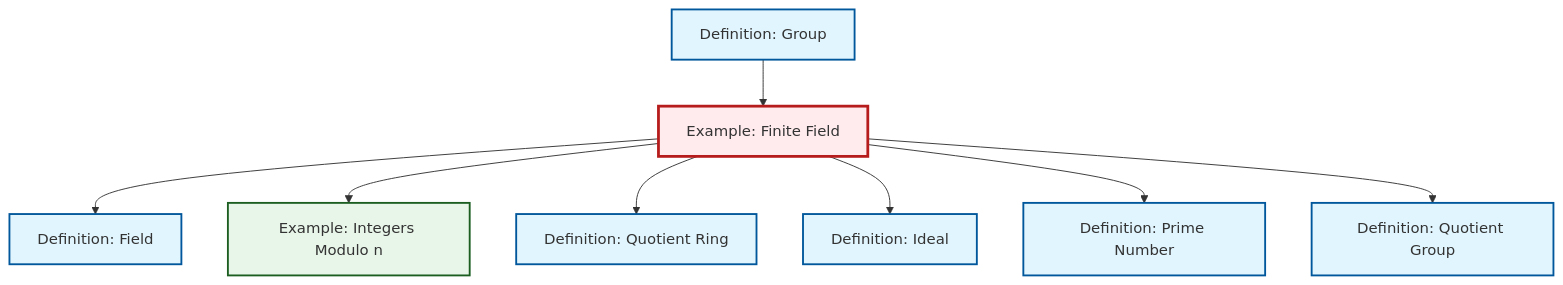
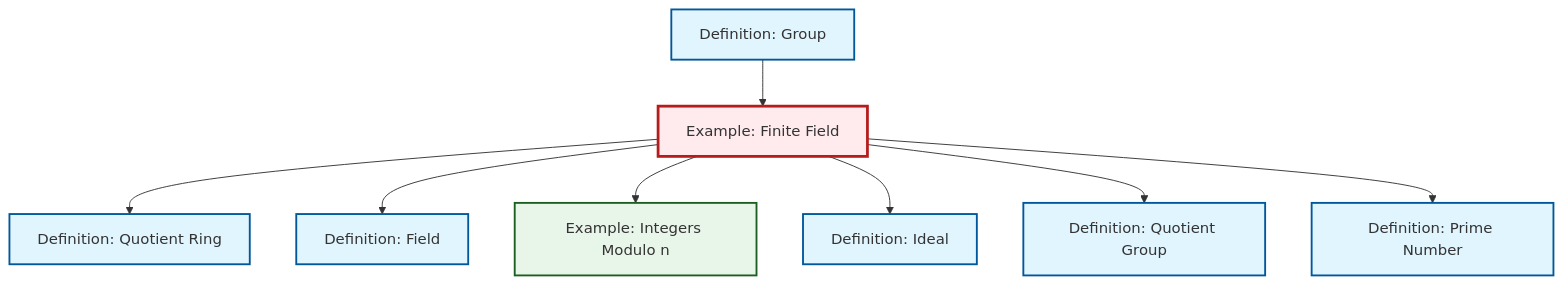
Before and after one commit to RK0429/ModernMath: the diagram in content/en/algebra/ex-finite-field.qmd, drawn with Mermaid. The commit also changed other lines of this file and 619 other files, not shown here.

````diff
--- a/content/en/algebra/ex-finite-field.qmd
+++ b/content/en/algebra/ex-finite-field.qmd
@@ -66,32 +66,32 @@
 ```{mermaid}
 %%| fig-cap: "Local dependency graph"
 graph TD
     classDef definition fill:#e1f5fe,stroke:#01579b,stroke-width:2px
     classDef theorem fill:#f3e5f5,stroke:#4a148c,stroke-width:2px
     classDef axiom fill:#fff3e0,stroke:#e65100,stroke-width:2px
     classDef example fill:#e8f5e9,stroke:#1b5e20,stroke-width:2px
     classDef current fill:#ffebee,stroke:#b71c1c,stroke-width:3px
+    def-prime["Definition: Prime Number"]:::definition
     ex-finite-field["Example: Finite Field"]:::example
+    def-group["Definition: Group"]:::definition
+    def-ideal["Definition: Ideal"]:::definition
+    def-quotient-group["Definition: Quotient Group"]:::definition
     ex-quotient-integers-mod-n["Example: Integers Modulo n"]:::example
-    def-ideal["Definition: Ideal"]:::definition
     def-quotient-ring["Definition: Quotient Ring"]:::definition
     def-field["Definition: Field"]:::definition
-    def-quotient-group["Definition: Quotient Group"]:::definition
-    def-prime["Definition: Prime Number"]:::definition
-    def-group["Definition: Group"]:::definition
+    ex-finite-field --> def-quotient-ring
+    ex-finite-field --> def-field
     def-group --> ex-finite-field
-    ex-finite-field --> def-field
     ex-finite-field --> ex-quotient-integers-mod-n
-    ex-finite-field --> def-quotient-ring
     ex-finite-field --> def-ideal
+    ex-finite-field --> def-quotient-group
     ex-finite-field --> def-prime
-    ex-finite-field --> def-quotient-group
     class ex-finite-field current
+    click def-prime "def-prime.html" "Go to Prime Number definition"
+    click def-group "def-group.html" "Go to Group definition"
+    click def-ideal "def-ideal.html" "Go to Ideal definition"
+    click def-quotient-group "def-quotient-group.html" "Go to Quotient Group definition"
     click ex-quotient-integers-mod-n "ex-quotient-integers-mod-n.html" "Go to Integers Modulo n example"
-    click def-ideal "def-ideal.html" "Go to Ideal definition"
     click def-quotient-ring "def-quotient-ring.html" "Go to Quotient Ring definition"
     click def-field "def-field.html" "Go to Field definition"
-    click def-quotient-group "def-quotient-group.html" "Go to Quotient Group definition"
-    click def-prime "def-prime.html" "Go to Prime Number definition"
-    click def-group "def-group.html" "Go to Group definition"
 ```
````
